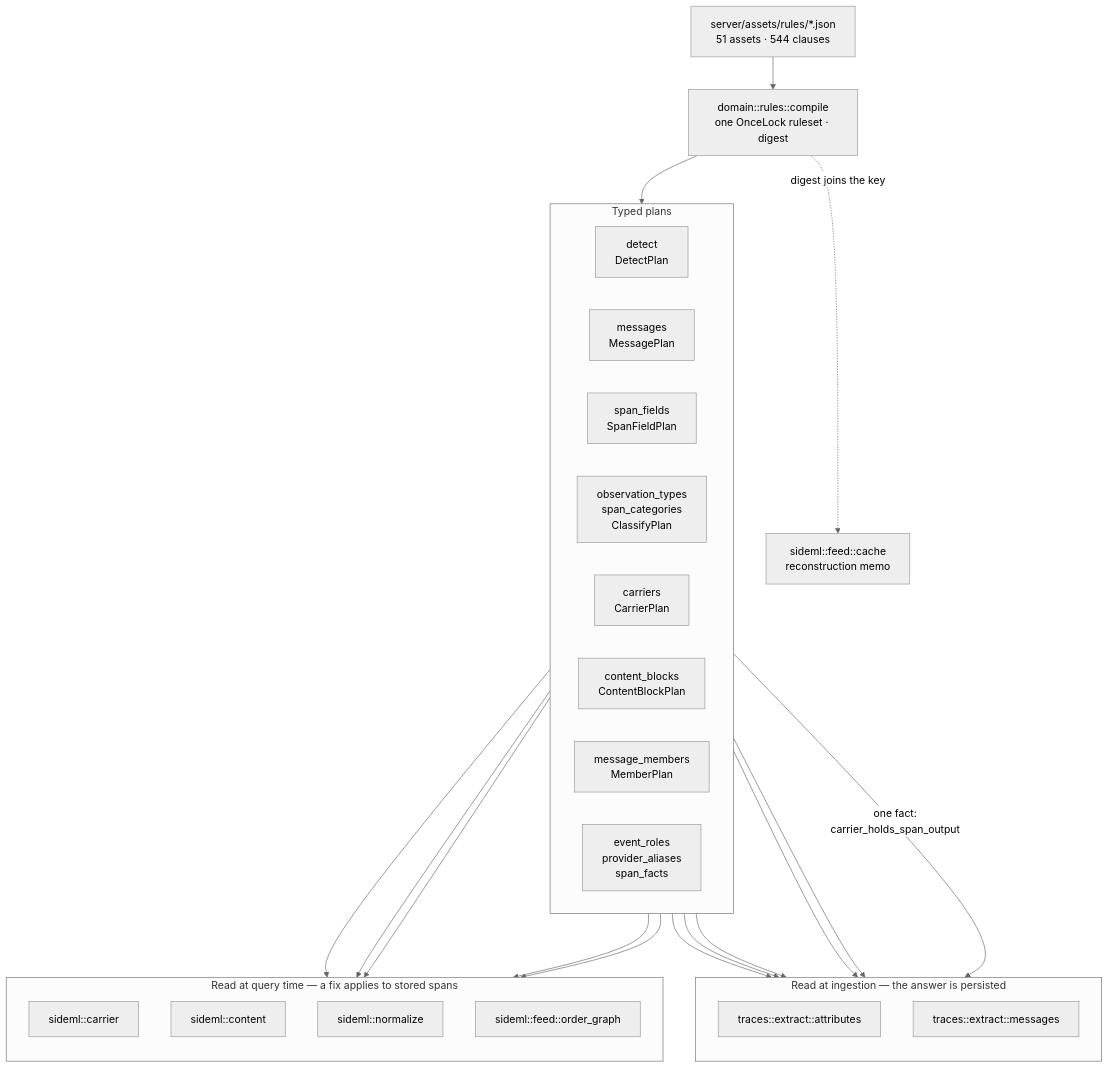
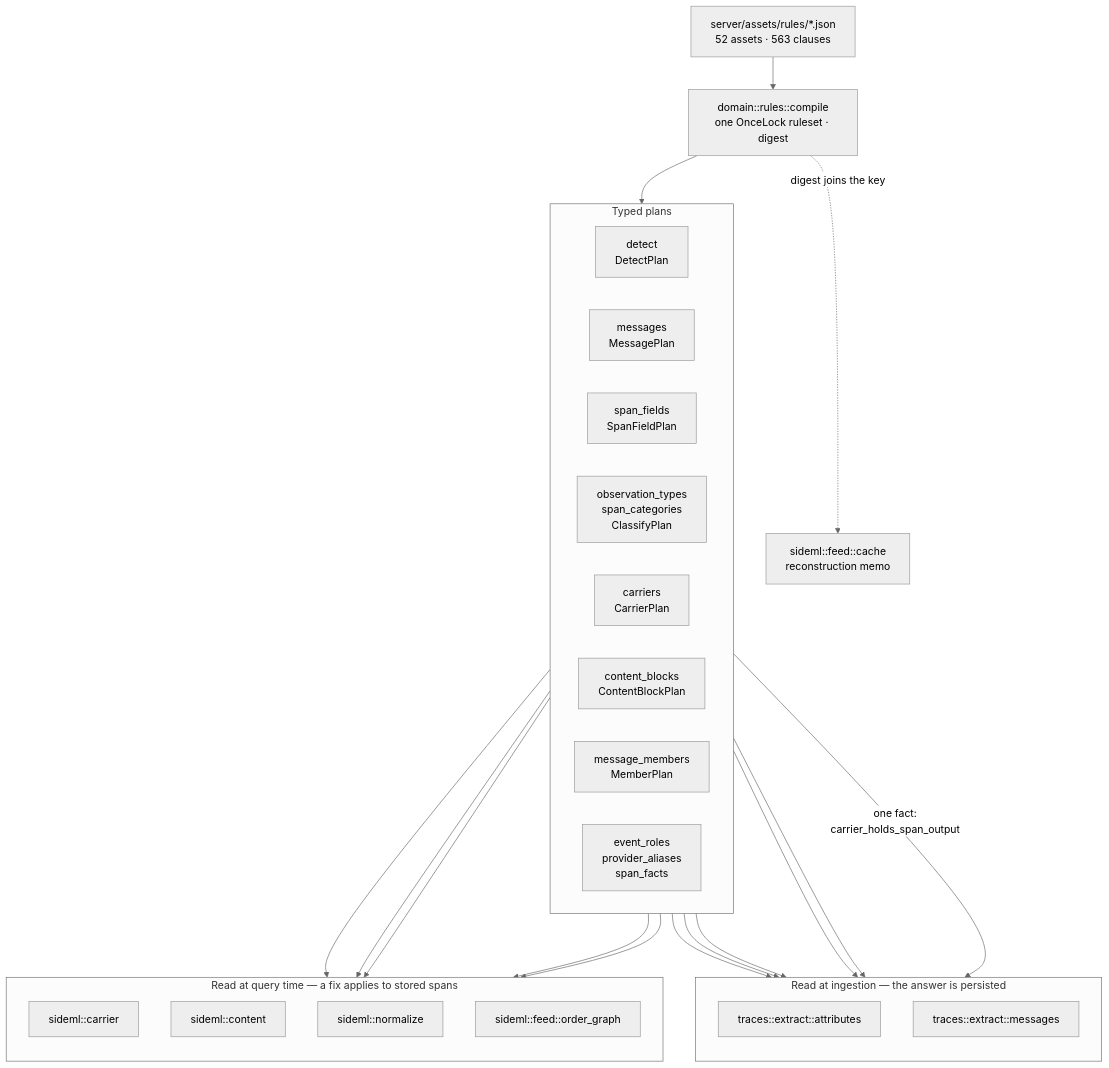
The first of 7 diagrams in docs/engineering/architecture-diagrams.md (sideseat/sideseat), drawn with Mermaid (neutral theme) before and after one commit. The commit also changed 161 other files, not shown here.

````diff
--- a/docs/engineering/architecture-diagrams.md
+++ b/docs/engineering/architecture-diagrams.md
@@ -18,47 +18,47 @@
 ```mermaid
 flowchart TB
-    assets["server/assets/rules/*.json<br/>51 assets · 544 clauses"]
+    assets["server/assets/rules/*.json<br/>52 assets · 563 clauses"]
     compile["domain::rules::compile<br/>one OnceLock ruleset · digest"]
     assets --> compile
 
     subgraph plans["Typed plans"]
         direction LR
         detect["detect<br/>DetectPlan"]
         messages["messages<br/>MessagePlan"]
         fields["span_fields<br/>SpanFieldPlan"]
         classify["observation_types<br/>span_categories<br/>ClassifyPlan"]
         carriers["carriers<br/>CarrierPlan"]
         blocks["content_blocks<br/>ContentBlockPlan"]
         members["message_members<br/>MemberPlan"]
         roles["event_roles<br/>provider_aliases<br/>span_facts"]
     end
     compile --> plans
 
     subgraph ingest["Read at ingestion — the answer is persisted"]
         direction TB
         attrs["traces::extract::attributes"]
         msgs["traces::extract::messages"]
     end
 
     subgraph query["Read at query time — a fix applies to stored spans"]
         direction TB
         carrier["sideml::carrier"]
         content["sideml::content"]
         normalize["sideml::normalize"]
         order["sideml::feed::order_graph"]
     end
 
     detect --> attrs
     fields --> attrs
     classify --> attrs
     roles --> attrs
     messages --> msgs
     carriers -->|"one fact:<br/>carrier_holds_span_output"| msgs
     carriers --> carrier
     carriers --> order
     blocks --> content
     members --> content
     roles --> normalize
 
     compile -. "digest joins the key" .-> cache["sideml::feed::cache<br/>reconstruction memo"]
 ```
````
